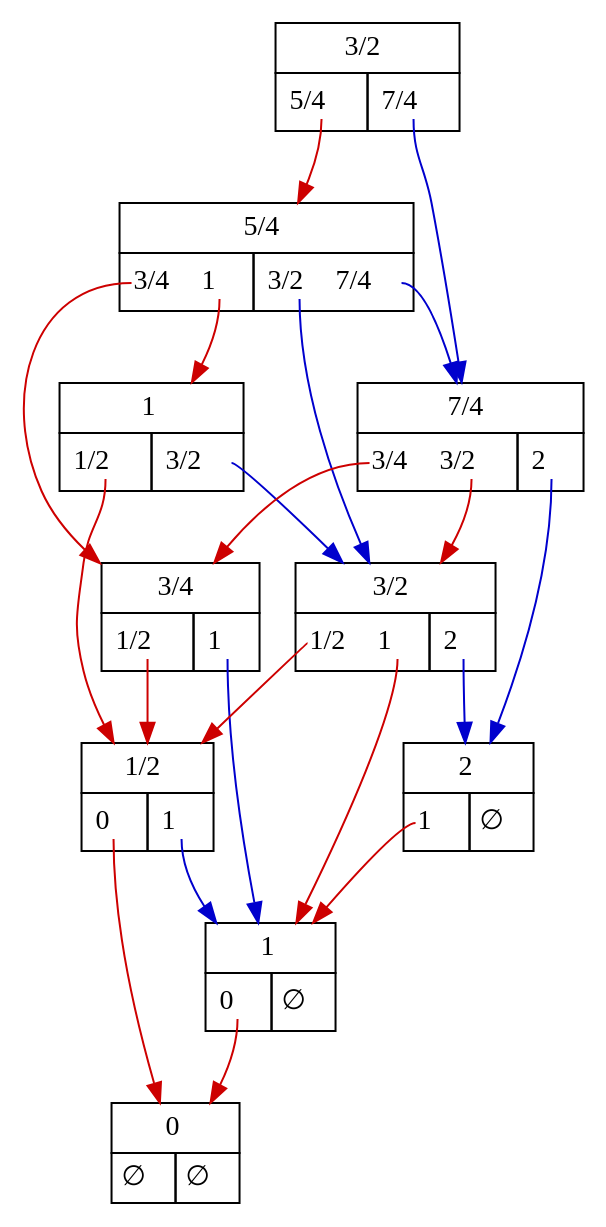
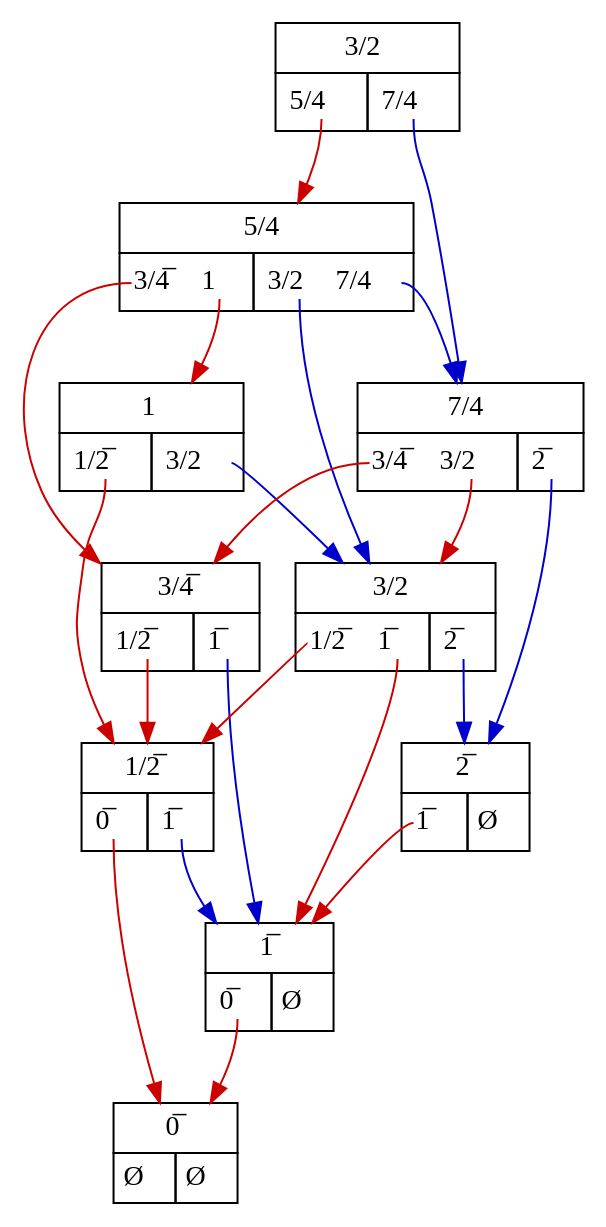
The diagram in examples/Data/addition_ex_12.dot (mroughan/SurrealNumbers.jl), drawn with Graphviz before and after one commit. The commit also changed 59 other files, not shown here.

```diff
--- a/examples/Data/addition_ex_12.dot
+++ b/examples/Data/addition_ex_12.dot
@@ -1,82 +1,82 @@
 digraph "1.5" {
    node_1 [shape=none,margin=0,label=
          <<TABLE BORDER="0" CELLBORDER="1" CELLSPACING="0" CELLPADDING="4">
          <TR><TD COLSPAN="2">3/2</TD></TR>
          <TR><TD PORT="L"> <TABLE BORDER="0" CELLBORDER="0" CELLPADDING="0"><TR><TD PORT="5/4,1"> 5/4 </TD> &nbsp; </TR></TABLE> </TD><TD PORT="R"> <TABLE BORDER="0" CELLBORDER="0" CELLPADDING="0"><TR><TD PORT="7/4,1"> 7/4 </TD> &nbsp; </TR></TABLE> </TD></TR>
          </TABLE>>,
          ];
-   node_1:"5/4,1" -> node_2 [color="red3"];
+   node_1:"5/4,1" -> node_2 [color="red3", dir=forward];
    node_2 [shape=none,margin=0,label=
          <<TABLE BORDER="0" CELLBORDER="1" CELLSPACING="0" CELLPADDING="4">
          <TR><TD COLSPAN="2">5/4</TD></TR>
-         <TR><TD PORT="L"> <TABLE BORDER="0" CELLBORDER="0" CELLPADDING="0"><TR><TD PORT="3/4,1"> 3/4 </TD> &nbsp; <TD PORT="1,2"> 1 </TD> &nbsp; </TR></TABLE> </TD><TD PORT="R"> <TABLE BORDER="0" CELLBORDER="0" CELLPADDING="0"><TR><TD PORT="3/2,1"> 3/2 </TD> &nbsp; <TD PORT="7/4,2"> 7/4 </TD> &nbsp; </TR></TABLE> </TD></TR>
+         <TR><TD PORT="L"> <TABLE BORDER="0" CELLBORDER="0" CELLPADDING="0"><TR><TD PORT="3/4,1"> 3/4̅ </TD> &nbsp; <TD PORT="1,2"> 1 </TD> &nbsp; </TR></TABLE> </TD><TD PORT="R"> <TABLE BORDER="0" CELLBORDER="0" CELLPADDING="0"><TR><TD PORT="3/2,1"> 3/2 </TD> &nbsp; <TD PORT="7/4,2"> 7/4 </TD> &nbsp; </TR></TABLE> </TD></TR>
          </TABLE>>,
          ];
-   node_2:"3/4,1" -> node_3 [color="red3"];
+   node_2:"3/4,1" -> node_3 [color="red3", dir=forward];
    node_3 [shape=none,margin=0,label=
          <<TABLE BORDER="0" CELLBORDER="1" CELLSPACING="0" CELLPADDING="4">
-         <TR><TD COLSPAN="2">3/4</TD></TR>
-         <TR><TD PORT="L"> <TABLE BORDER="0" CELLBORDER="0" CELLPADDING="0"><TR><TD PORT="1/2,1"> 1/2 </TD> &nbsp; </TR></TABLE> </TD><TD PORT="R"> <TABLE BORDER="0" CELLBORDER="0" CELLPADDING="0"><TR><TD PORT="1,1"> 1 </TD> &nbsp; </TR></TABLE> </TD></TR>
+         <TR><TD COLSPAN="2">3/4̅</TD></TR>
+         <TR><TD PORT="L"> <TABLE BORDER="0" CELLBORDER="0" CELLPADDING="0"><TR><TD PORT="1/2,1"> 1/2̅ </TD> &nbsp; </TR></TABLE> </TD><TD PORT="R"> <TABLE BORDER="0" CELLBORDER="0" CELLPADDING="0"><TR><TD PORT="1,1"> 1̅ </TD> &nbsp; </TR></TABLE> </TD></TR>
          </TABLE>>,
          ];
-   node_3:"1/2,1" -> node_4 [color="red3"];
+   node_3:"1/2,1" -> node_4 [color="red3", dir=forward];
    node_4 [shape=none,margin=0,label=
          <<TABLE BORDER="0" CELLBORDER="1" CELLSPACING="0" CELLPADDING="4">
-         <TR><TD COLSPAN="2">1/2</TD></TR>
-         <TR><TD PORT="L"> <TABLE BORDER="0" CELLBORDER="0" CELLPADDING="0"><TR><TD PORT="0,1"> 0 </TD> &nbsp; </TR></TABLE> </TD><TD PORT="R"> <TABLE BORDER="0" CELLBORDER="0" CELLPADDING="0"><TR><TD PORT="1,1"> 1 </TD> &nbsp; </TR></TABLE> </TD></TR>
+         <TR><TD COLSPAN="2">1/2̅</TD></TR>
+         <TR><TD PORT="L"> <TABLE BORDER="0" CELLBORDER="0" CELLPADDING="0"><TR><TD PORT="0,1"> 0̅ </TD> &nbsp; </TR></TABLE> </TD><TD PORT="R"> <TABLE BORDER="0" CELLBORDER="0" CELLPADDING="0"><TR><TD PORT="1,1"> 1̅ </TD> &nbsp; </TR></TABLE> </TD></TR>
          </TABLE>>,
          ];
-   node_4:"0,1" -> node_5 [color="red3"];
+   node_4:"0,1" -> node_5 [color="red3", dir=forward];
    node_5 [shape=none,margin=0,label=
          <<TABLE BORDER="0" CELLBORDER="1" CELLSPACING="0" CELLPADDING="4">
-         <TR><TD COLSPAN="2">0</TD></TR>
-         <TR><TD PORT="L"> ∅ </TD><TD PORT="R"> ∅ </TD></TR>
+         <TR><TD COLSPAN="2">0̅</TD></TR>
+         <TR><TD PORT="L"> Ø </TD><TD PORT="R"> Ø </TD></TR>
          </TABLE>>,
          ];
-   node_4:"1,1" -> node_6 [color="blue3"];
+   node_4:"1,1" -> node_6 [color="blue3", dir=forward];
    node_6 [shape=none,margin=0,label=
          <<TABLE BORDER="0" CELLBORDER="1" CELLSPACING="0" CELLPADDING="4">
-         <TR><TD COLSPAN="2">1</TD></TR>
-         <TR><TD PORT="L"> <TABLE BORDER="0" CELLBORDER="0" CELLPADDING="0"><TR><TD PORT="0,1"> 0 </TD> &nbsp; </TR></TABLE> </TD><TD PORT="R"> ∅ </TD></TR>
+         <TR><TD COLSPAN="2">1̅</TD></TR>
+         <TR><TD PORT="L"> <TABLE BORDER="0" CELLBORDER="0" CELLPADDING="0"><TR><TD PORT="0,1"> 0̅ </TD> &nbsp; </TR></TABLE> </TD><TD PORT="R"> Ø </TD></TR>
          </TABLE>>,
          ];
-   node_6:"0,1" -> node_5 [color="red3"];
-   node_3:"1,1" -> node_6 [color="blue3"];
-   node_2:"1,2" -> node_7 [color="red3"];
+   node_6:"0,1" -> node_5 [color="red3", dir=forward];
+   node_3:"1,1" -> node_6 [color="blue3", dir=forward];
+   node_2:"1,2" -> node_7 [color="red3", dir=forward];
    node_7 [shape=none,margin=0,label=
          <<TABLE BORDER="0" CELLBORDER="1" CELLSPACING="0" CELLPADDING="4">
          <TR><TD COLSPAN="2">1</TD></TR>
-         <TR><TD PORT="L"> <TABLE BORDER="0" CELLBORDER="0" CELLPADDING="0"><TR><TD PORT="1/2,1"> 1/2 </TD> &nbsp; </TR></TABLE> </TD><TD PORT="R"> <TABLE BORDER="0" CELLBORDER="0" CELLPADDING="0"><TR><TD PORT="3/2,1"> 3/2 </TD> &nbsp; </TR></TABLE> </TD></TR>
+         <TR><TD PORT="L"> <TABLE BORDER="0" CELLBORDER="0" CELLPADDING="0"><TR><TD PORT="1/2,1"> 1/2̅ </TD> &nbsp; </TR></TABLE> </TD><TD PORT="R"> <TABLE BORDER="0" CELLBORDER="0" CELLPADDING="0"><TR><TD PORT="3/2,1"> 3/2 </TD> &nbsp; </TR></TABLE> </TD></TR>
          </TABLE>>,
          ];
-   node_7:"1/2,1" -> node_4 [color="red3"];
-   node_7:"3/2,1" -> node_8 [color="blue3"];
+   node_7:"1/2,1" -> node_4 [color="red3", dir=forward];
+   node_7:"3/2,1" -> node_8 [color="blue3", dir=forward];
    node_8 [shape=none,margin=0,label=
          <<TABLE BORDER="0" CELLBORDER="1" CELLSPACING="0" CELLPADDING="4">
          <TR><TD COLSPAN="2">3/2</TD></TR>
-         <TR><TD PORT="L"> <TABLE BORDER="0" CELLBORDER="0" CELLPADDING="0"><TR><TD PORT="1/2,1"> 1/2 </TD> &nbsp; <TD PORT="1,2"> 1 </TD> &nbsp; </TR></TABLE> </TD><TD PORT="R"> <TABLE BORDER="0" CELLBORDER="0" CELLPADDING="0"><TR><TD PORT="2,1"> 2 </TD> &nbsp; </TR></TABLE> </TD></TR>
+         <TR><TD PORT="L"> <TABLE BORDER="0" CELLBORDER="0" CELLPADDING="0"><TR><TD PORT="1/2,1"> 1/2̅ </TD> &nbsp; <TD PORT="1,2"> 1̅ </TD> &nbsp; </TR></TABLE> </TD><TD PORT="R"> <TABLE BORDER="0" CELLBORDER="0" CELLPADDING="0"><TR><TD PORT="2,1"> 2̅ </TD> &nbsp; </TR></TABLE> </TD></TR>
          </TABLE>>,
          ];
-   node_8:"1/2,1" -> node_4 [color="red3"];
-   node_8:"1,2" -> node_6 [color="red3"];
-   node_8:"2,1" -> node_9 [color="blue3"];
+   node_8:"1/2,1" -> node_4 [color="red3", dir=forward];
+   node_8:"1,2" -> node_6 [color="red3", dir=forward];
+   node_8:"2,1" -> node_9 [color="blue3", dir=forward];
    node_9 [shape=none,margin=0,label=
          <<TABLE BORDER="0" CELLBORDER="1" CELLSPACING="0" CELLPADDING="4">
-         <TR><TD COLSPAN="2">2</TD></TR>
-         <TR><TD PORT="L"> <TABLE BORDER="0" CELLBORDER="0" CELLPADDING="0"><TR><TD PORT="1,1"> 1 </TD> &nbsp; </TR></TABLE> </TD><TD PORT="R"> ∅ </TD></TR>
+         <TR><TD COLSPAN="2">2̅</TD></TR>
+         <TR><TD PORT="L"> <TABLE BORDER="0" CELLBORDER="0" CELLPADDING="0"><TR><TD PORT="1,1"> 1̅ </TD> &nbsp; </TR></TABLE> </TD><TD PORT="R"> Ø </TD></TR>
          </TABLE>>,
          ];
-   node_9:"1,1" -> node_6 [color="red3"];
-   node_2:"3/2,1" -> node_8 [color="blue3"];
-   node_2:"7/4,2" -> node_10 [color="blue3"];
+   node_9:"1,1" -> node_6 [color="red3", dir=forward];
+   node_2:"3/2,1" -> node_8 [color="blue3", dir=forward];
+   node_2:"7/4,2" -> node_10 [color="blue3", dir=forward];
    node_10 [shape=none,margin=0,label=
          <<TABLE BORDER="0" CELLBORDER="1" CELLSPACING="0" CELLPADDING="4">
          <TR><TD COLSPAN="2">7/4</TD></TR>
-         <TR><TD PORT="L"> <TABLE BORDER="0" CELLBORDER="0" CELLPADDING="0"><TR><TD PORT="3/4,1"> 3/4 </TD> &nbsp; <TD PORT="3/2,2"> 3/2 </TD> &nbsp; </TR></TABLE> </TD><TD PORT="R"> <TABLE BORDER="0" CELLBORDER="0" CELLPADDING="0"><TR><TD PORT="2,1"> 2 </TD> &nbsp; </TR></TABLE> </TD></TR>
+         <TR><TD PORT="L"> <TABLE BORDER="0" CELLBORDER="0" CELLPADDING="0"><TR><TD PORT="3/4,1"> 3/4̅ </TD> &nbsp; <TD PORT="3/2,2"> 3/2 </TD> &nbsp; </TR></TABLE> </TD><TD PORT="R"> <TABLE BORDER="0" CELLBORDER="0" CELLPADDING="0"><TR><TD PORT="2,1"> 2̅ </TD> &nbsp; </TR></TABLE> </TD></TR>
          </TABLE>>,
          ];
-   node_10:"3/4,1" -> node_3 [color="red3"];
-   node_10:"3/2,2" -> node_8 [color="red3"];
-   node_10:"2,1" -> node_9 [color="blue3"];
-   node_1:"7/4,1" -> node_10 [color="blue3"];
+   node_10:"3/4,1" -> node_3 [color="red3", dir=forward];
+   node_10:"3/2,2" -> node_8 [color="red3", dir=forward];
+   node_10:"2,1" -> node_9 [color="blue3", dir=forward];
+   node_1:"7/4,1" -> node_10 [color="blue3", dir=forward];
 }
```
